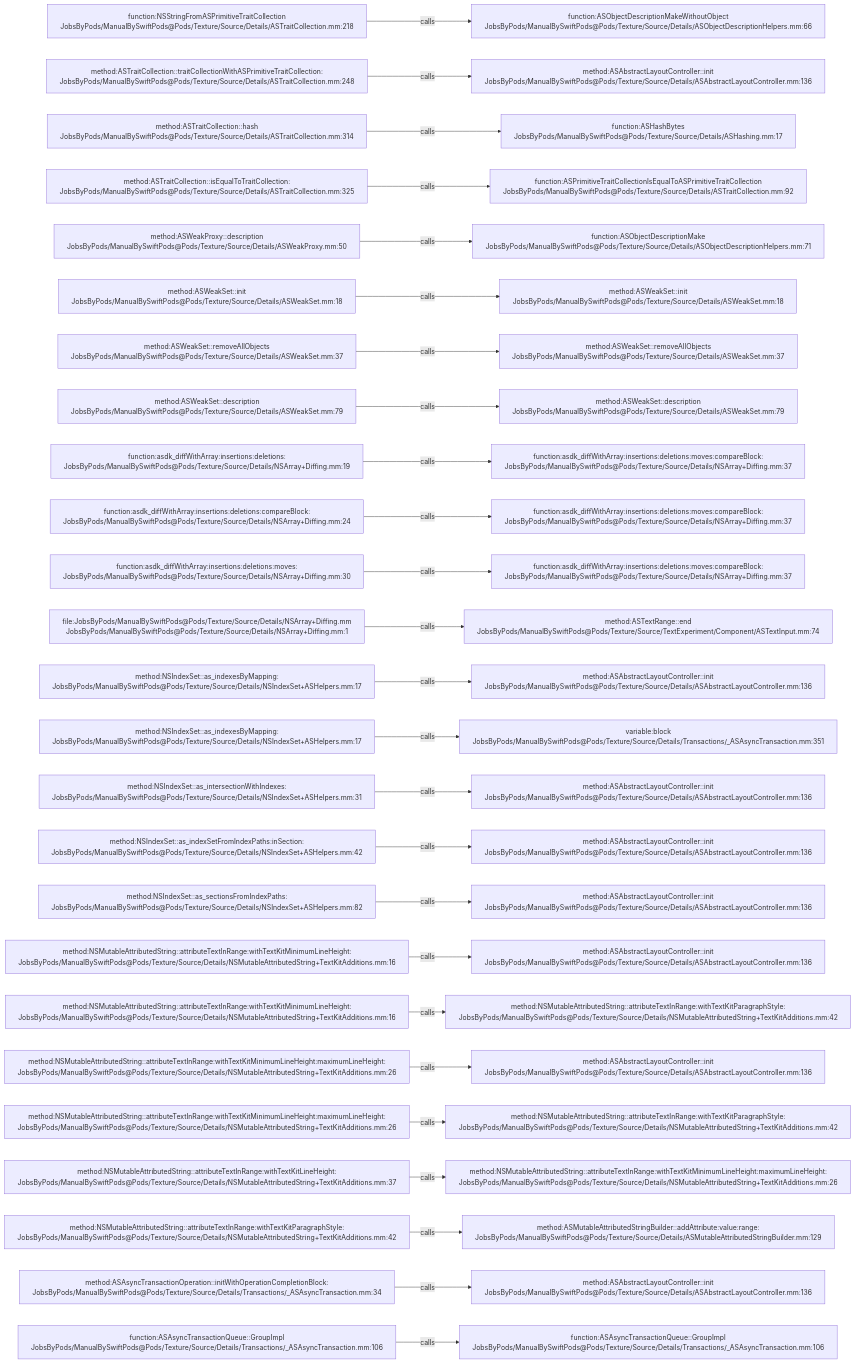
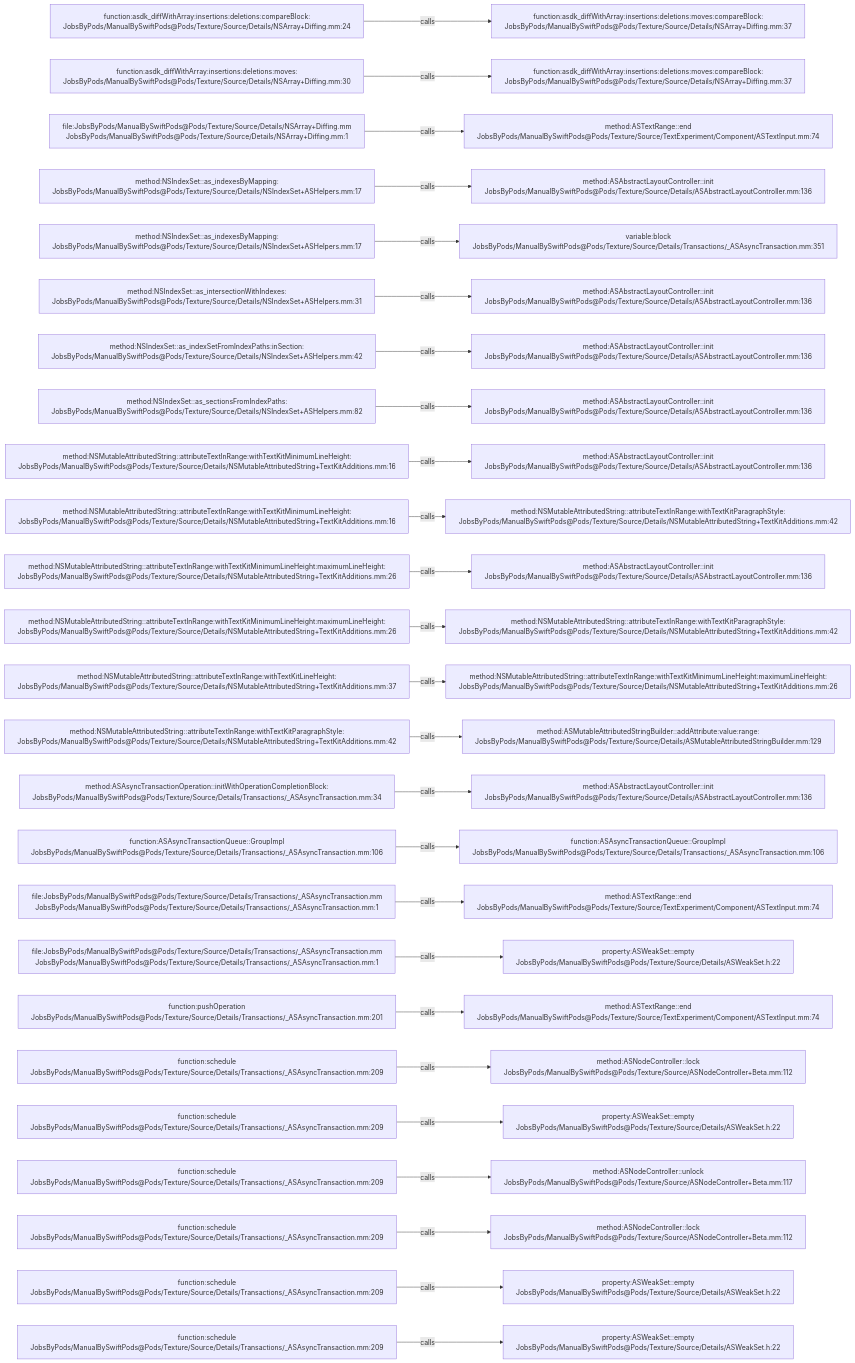
One commit to JobsKits/JobsSwiftBaseConfigDemo changed the diagram in .codegraph/codegraph.md/graphs/calls-098.md. Above: the diagram before and after it, drawn with Mermaid. The commit also changed 707 other files, not shown here.

````diff
--- a/.codegraph/codegraph.md/graphs/calls-098.md
+++ b/.codegraph/codegraph.md/graphs/calls-098.md
@@ -13,78 +13,78 @@
 ```mermaid
 flowchart LR
-  S1["function:NSStringFromASPrimitiveTraitCollection<br/>JobsByPods/ManualBySwiftPods@Pods/Texture/Source/Details/ASTraitCollection.mm:218"]
-  T1["function:ASObjectDescriptionMakeWithoutObject<br/>JobsByPods/ManualBySwiftPods@Pods/Texture/Source/Details/ASObjectDescriptionHelpers.mm:66"]
+  S1["function:asdk_diffWithArray:insertions:deletions:compareBlock:<br/>JobsByPods/ManualBySwiftPods@Pods/Texture/Source/Details/NSArray+Diffing.mm:24"]
+  T1["function:asdk_diffWithArray:insertions:deletions:moves:compareBlock:<br/>JobsByPods/ManualBySwiftPods@Pods/Texture/Source/Details/NSArray+Diffing.mm:37"]
   S1 -->|calls| T1
-  S2["method:ASTraitCollection::traitCollectionWithASPrimitiveTraitCollection:<br/>JobsByPods/ManualBySwiftPods@Pods/Texture/Source/Details/ASTraitCollection.mm:248"]
-  T2["method:ASAbstractLayoutController::init<br/>JobsByPods/ManualBySwiftPods@Pods/Texture/Source/Details/ASAbstractLayoutController.mm:136"]
+  S2["function:asdk_diffWithArray:insertions:deletions:moves:<br/>JobsByPods/ManualBySwiftPods@Pods/Texture/Source/Details/NSArray+Diffing.mm:30"]
+  T2["function:asdk_diffWithArray:insertions:deletions:moves:compareBlock:<br/>JobsByPods/ManualBySwiftPods@Pods/Texture/Source/Details/NSArray+Diffing.mm:37"]
   S2 -->|calls| T2
-  S3["method:ASTraitCollection::hash<br/>JobsByPods/ManualBySwiftPods@Pods/Texture/Source/Details/ASTraitCollection.mm:314"]
-  T3["function:ASHashBytes<br/>JobsByPods/ManualBySwiftPods@Pods/Texture/Source/Details/ASHashing.mm:17"]
+  S3["file:JobsByPods/ManualBySwiftPods@Pods/Texture/Source/Details/NSArray+Diffing.mm<br/>JobsByPods/ManualBySwiftPods@Pods/Texture/Source/Details/NSArray+Diffing.mm:1"]
+  T3["method:ASTextRange::end<br/>JobsByPods/ManualBySwiftPods@Pods/Texture/Source/TextExperiment/Component/ASTextInput.mm:74"]
   S3 -->|calls| T3
-  S4["method:ASTraitCollection::isEqualToTraitCollection:<br/>JobsByPods/ManualBySwiftPods@Pods/Texture/Source/Details/ASTraitCollection.mm:325"]
-  T4["function:ASPrimitiveTraitCollectionIsEqualToASPrimitiveTraitCollection<br/>JobsByPods/ManualBySwiftPods@Pods/Texture/Source/Details/ASTraitCollection.mm:92"]
+  S4["method:NSIndexSet::as_indexesByMapping:<br/>JobsByPods/ManualBySwiftPods@Pods/Texture/Source/Details/NSIndexSet+ASHelpers.mm:17"]
+  T4["method:ASAbstractLayoutController::init<br/>JobsByPods/ManualBySwiftPods@Pods/Texture/Source/Details/ASAbstractLayoutController.mm:136"]
   S4 -->|calls| T4
-  S5["method:ASWeakProxy::description<br/>JobsByPods/ManualBySwiftPods@Pods/Texture/Source/Details/ASWeakProxy.mm:50"]
-  T5["function:ASObjectDescriptionMake<br/>JobsByPods/ManualBySwiftPods@Pods/Texture/Source/Details/ASObjectDescriptionHelpers.mm:71"]
+  S5["method:NSIndexSet::as_indexesByMapping:<br/>JobsByPods/ManualBySwiftPods@Pods/Texture/Source/Details/NSIndexSet+ASHelpers.mm:17"]
+  T5["variable:block<br/>JobsByPods/ManualBySwiftPods@Pods/Texture/Source/Details/Transactions/_ASAsyncTransaction.mm:351"]
   S5 -->|calls| T5
-  S6["method:ASWeakSet::init<br/>JobsByPods/ManualBySwiftPods@Pods/Texture/Source/Details/ASWeakSet.mm:18"]
-  T6["method:ASWeakSet::init<br/>JobsByPods/ManualBySwiftPods@Pods/Texture/Source/Details/ASWeakSet.mm:18"]
+  S6["method:NSIndexSet::as_intersectionWithIndexes:<br/>JobsByPods/ManualBySwiftPods@Pods/Texture/Source/Details/NSIndexSet+ASHelpers.mm:31"]
+  T6["method:ASAbstractLayoutController::init<br/>JobsByPods/ManualBySwiftPods@Pods/Texture/Source/Details/ASAbstractLayoutController.mm:136"]
   S6 -->|calls| T6
-  S7["method:ASWeakSet::removeAllObjects<br/>JobsByPods/ManualBySwiftPods@Pods/Texture/Source/Details/ASWeakSet.mm:37"]
-  T7["method:ASWeakSet::removeAllObjects<br/>JobsByPods/ManualBySwiftPods@Pods/Texture/Source/Details/ASWeakSet.mm:37"]
+  S7["method:NSIndexSet::as_indexSetFromIndexPaths:inSection:<br/>JobsByPods/ManualBySwiftPods@Pods/Texture/Source/Details/NSIndexSet+ASHelpers.mm:42"]
+  T7["method:ASAbstractLayoutController::init<br/>JobsByPods/ManualBySwiftPods@Pods/Texture/Source/Details/ASAbstractLayoutController.mm:136"]
   S7 -->|calls| T7
-  S8["method:ASWeakSet::description<br/>JobsByPods/ManualBySwiftPods@Pods/Texture/Source/Details/ASWeakSet.mm:79"]
-  T8["method:ASWeakSet::description<br/>JobsByPods/ManualBySwiftPods@Pods/Texture/Source/Details/ASWeakSet.mm:79"]
+  S8["method:NSIndexSet::as_sectionsFromIndexPaths:<br/>JobsByPods/ManualBySwiftPods@Pods/Texture/Source/Details/NSIndexSet+ASHelpers.mm:82"]
+  T8["method:ASAbstractLayoutController::init<br/>JobsByPods/ManualBySwiftPods@Pods/Texture/Source/Details/ASAbstractLayoutController.mm:136"]
   S8 -->|calls| T8
-  S9["function:asdk_diffWithArray:insertions:deletions:<br/>JobsByPods/ManualBySwiftPods@Pods/Texture/Source/Details/NSArray+Diffing.mm:19"]
-  T9["function:asdk_diffWithArray:insertions:deletions:moves:compareBlock:<br/>JobsByPods/ManualBySwiftPods@Pods/Texture/Source/Details/NSArray+Diffing.mm:37"]
+  S9["method:NSMutableAttributedString::attributeTextInRange:withTextKitMinimumLineHeight:<br/>JobsByPods/ManualBySwiftPods@Pods/Texture/Source/Details/NSMutableAttributedString+TextKitAdditions.mm:16"]
+  T9["method:ASAbstractLayoutController::init<br/>JobsByPods/ManualBySwiftPods@Pods/Texture/Source/Details/ASAbstractLayoutController.mm:136"]
   S9 -->|calls| T9
-  S10["function:asdk_diffWithArray:insertions:deletions:compareBlock:<br/>JobsByPods/ManualBySwiftPods@Pods/Texture/Source/Details/NSArray+Diffing.mm:24"]
-  T10["function:asdk_diffWithArray:insertions:deletions:moves:compareBlock:<br/>JobsByPods/ManualBySwiftPods@Pods/Texture/Source/Details/NSArray+Diffing.mm:37"]
+  S10["method:NSMutableAttributedString::attributeTextInRange:withTextKitMinimumLineHeight:<br/>JobsByPods/ManualBySwiftPods@Pods/Texture/Source/Details/NSMutableAttributedString+TextKitAdditions.mm:16"]
+  T10["method:NSMutableAttributedString::attributeTextInRange:withTextKitParagraphStyle:<br/>JobsByPods/ManualBySwiftPods@Pods/Texture/Source/Details/NSMutableAttributedString+TextKitAdditions.mm:42"]
   S10 -->|calls| T10
-  S11["function:asdk_diffWithArray:insertions:deletions:moves:<br/>JobsByPods/ManualBySwiftPods@Pods/Texture/Source/Details/NSArray+Diffing.mm:30"]
-  T11["function:asdk_diffWithArray:insertions:deletions:moves:compareBlock:<br/>JobsByPods/ManualBySwiftPods@Pods/Texture/Source/Details/NSArray+Diffing.mm:37"]
+  S11["method:NSMutableAttributedString::attributeTextInRange:withTextKitMinimumLineHeight:maximumLineHeight:<br/>JobsByPods/ManualBySwiftPods@Pods/Texture/Source/Details/NSMutableAttributedString+TextKitAdditions.mm:26"]
+  T11["method:ASAbstractLayoutController::init<br/>JobsByPods/ManualBySwiftPods@Pods/Texture/Source/Details/ASAbstractLayoutController.mm:136"]
   S11 -->|calls| T11
-  S12["file:JobsByPods/ManualBySwiftPods@Pods/Texture/Source/Details/NSArray+Diffing.mm<br/>JobsByPods/ManualBySwiftPods@Pods/Texture/Source/Details/NSArray+Diffing.mm:1"]
-  T12["method:ASTextRange::end<br/>JobsByPods/ManualBySwiftPods@Pods/Texture/Source/TextExperiment/Component/ASTextInput.mm:74"]
+  S12["method:NSMutableAttributedString::attributeTextInRange:withTextKitMinimumLineHeight:maximumLineHeight:<br/>JobsByPods/ManualBySwiftPods@Pods/Texture/Source/Details/NSMutableAttributedString+TextKitAdditions.mm:26"]
+  T12["method:NSMutableAttributedString::attributeTextInRange:withTextKitParagraphStyle:<br/>JobsByPods/ManualBySwiftPods@Pods/Texture/Source/Details/NSMutableAttributedString+TextKitAdditions.mm:42"]
   S12 -->|calls| T12
-  S13["method:NSIndexSet::as_indexesByMapping:<br/>JobsByPods/ManualBySwiftPods@Pods/Texture/Source/Details/NSIndexSet+ASHelpers.mm:17"]
-  T13["method:ASAbstractLayoutController::init<br/>JobsByPods/ManualBySwiftPods@Pods/Texture/Source/Details/ASAbstractLayoutController.mm:136"]
+  S13["method:NSMutableAttributedString::attributeTextInRange:withTextKitLineHeight:<br/>JobsByPods/ManualBySwiftPods@Pods/Texture/Source/Details/NSMutableAttributedString+TextKitAdditions.mm:37"]
+  T13["method:NSMutableAttributedString::attributeTextInRange:withTextKitMinimumLineHeight:maximumLineHeight:<br/>JobsByPods/ManualBySwiftPods@Pods/Texture/Source/Details/NSMutableAttributedString+TextKitAdditions.mm:26"]
   S13 -->|calls| T13
-  S14["method:NSIndexSet::as_indexesByMapping:<br/>JobsByPods/ManualBySwiftPods@Pods/Texture/Source/Details/NSIndexSet+ASHelpers.mm:17"]
-  T14["variable:block<br/>JobsByPods/ManualBySwiftPods@Pods/Texture/Source/Details/Transactions/_ASAsyncTransaction.mm:351"]
+  S14["method:NSMutableAttributedString::attributeTextInRange:withTextKitParagraphStyle:<br/>JobsByPods/ManualBySwiftPods@Pods/Texture/Source/Details/NSMutableAttributedString+TextKitAdditions.mm:42"]
+  T14["method:ASMutableAttributedStringBuilder::addAttribute:value:range:<br/>JobsByPods/ManualBySwiftPods@Pods/Texture/Source/Details/ASMutableAttributedStringBuilder.mm:129"]
   S14 -->|calls| T14
-  S15["method:NSIndexSet::as_intersectionWithIndexes:<br/>JobsByPods/ManualBySwiftPods@Pods/Texture/Source/Details/NSIndexSet+ASHelpers.mm:31"]
+  S15["method:ASAsyncTransactionOperation::initWithOperationCompletionBlock:<br/>JobsByPods/ManualBySwiftPods@Pods/Texture/Source/Details/Transactions/_ASAsyncTransaction.mm:34"]
   T15["method:ASAbstractLayoutController::init<br/>JobsByPods/ManualBySwiftPods@Pods/Texture/Source/Details/ASAbstractLayoutController.mm:136"]
   S15 -->|calls| T15
-  S16["method:NSIndexSet::as_indexSetFromIndexPaths:inSection:<br/>JobsByPods/ManualBySwiftPods@Pods/Texture/Source/Details/NSIndexSet+ASHelpers.mm:42"]
-  T16["method:ASAbstractLayoutController::init<br/>JobsByPods/ManualBySwiftPods@Pods/Texture/Source/Details/ASAbstractLayoutController.mm:136"]
+  S16["function:ASAsyncTransactionQueue::GroupImpl<br/>JobsByPods/ManualBySwiftPods@Pods/Texture/Source/Details/Transactions/_ASAsyncTransaction.mm:106"]
+  T16["function:ASAsyncTransactionQueue::GroupImpl<br/>JobsByPods/ManualBySwiftPods@Pods/Texture/Source/Details/Transactions/_ASAsyncTransaction.mm:106"]
   S16 -->|calls| T16
-  S17["method:NSIndexSet::as_sectionsFromIndexPaths:<br/>JobsByPods/ManualBySwiftPods@Pods/Texture/Source/Details/NSIndexSet+ASHelpers.mm:82"]
-  T17["method:ASAbstractLayoutController::init<br/>JobsByPods/ManualBySwiftPods@Pods/Texture/Source/Details/ASAbstractLayoutController.mm:136"]
+  S17["file:JobsByPods/ManualBySwiftPods@Pods/Texture/Source/Details/Transactions/_ASAsyncTransaction.mm<br/>JobsByPods/ManualBySwiftPods@Pods/Texture/Source/Details/Transactions/_ASAsyncTransaction.mm:1"]
+  T17["method:ASTextRange::end<br/>JobsByPods/ManualBySwiftPods@Pods/Texture/Source/TextExperiment/Component/ASTextInput.mm:74"]
   S17 -->|calls| T17
-  S18["method:NSMutableAttributedString::attributeTextInRange:withTextKitMinimumLineHeight:<br/>JobsByPods/ManualBySwiftPods@Pods/Texture/Source/Details/NSMutableAttributedString+TextKitAdditions.mm:16"]
-  T18["method:ASAbstractLayoutController::init<br/>JobsByPods/ManualBySwiftPods@Pods/Texture/Source/Details/ASAbstractLayoutController.mm:136"]
+  S18["file:JobsByPods/ManualBySwiftPods@Pods/Texture/Source/Details/Transactions/_ASAsyncTransaction.mm<br/>JobsByPods/ManualBySwiftPods@Pods/Texture/Source/Details/Transactions/_ASAsyncTransaction.mm:1"]
+  T18["property:ASWeakSet::empty<br/>JobsByPods/ManualBySwiftPods@Pods/Texture/Source/Details/ASWeakSet.h:22"]
   S18 -->|calls| T18
-  S19["method:NSMutableAttributedString::attributeTextInRange:withTextKitMinimumLineHeight:<br/>JobsByPods/ManualBySwiftPods@Pods/Texture/Source/Details/NSMutableAttributedString+TextKitAdditions.mm:16"]
-  T19["method:NSMutableAttributedString::attributeTextInRange:withTextKitParagraphStyle:<br/>JobsByPods/ManualBySwiftPods@Pods/Texture/Source/Details/NSMutableAttributedString+TextKitAdditions.mm:42"]
+  S19["function:pushOperation<br/>JobsByPods/ManualBySwiftPods@Pods/Texture/Source/Details/Transactions/_ASAsyncTransaction.mm:201"]
+  T19["method:ASTextRange::end<br/>JobsByPods/ManualBySwiftPods@Pods/Texture/Source/TextExperiment/Component/ASTextInput.mm:74"]
   S19 -->|calls| T19
-  S20["method:NSMutableAttributedString::attributeTextInRange:withTextKitMinimumLineHeight:maximumLineHeight:<br/>JobsByPods/ManualBySwiftPods@Pods/Texture/Source/Details/NSMutableAttributedString+TextKitAdditions.mm:26"]
-  T20["method:ASAbstractLayoutController::init<br/>JobsByPods/ManualBySwiftPods@Pods/Texture/Source/Details/ASAbstractLayoutController.mm:136"]
+  S20["function:schedule<br/>JobsByPods/ManualBySwiftPods@Pods/Texture/Source/Details/Transactions/_ASAsyncTransaction.mm:209"]
+  T20["method:ASNodeController::lock<br/>JobsByPods/ManualBySwiftPods@Pods/Texture/Source/ASNodeController+Beta.mm:112"]
   S20 -->|calls| T20
-  S21["method:NSMutableAttributedString::attributeTextInRange:withTextKitMinimumLineHeight:maximumLineHeight:<br/>JobsByPods/ManualBySwiftPods@Pods/Texture/Source/Details/NSMutableAttributedString+TextKitAdditions.mm:26"]
-  T21["method:NSMutableAttributedString::attributeTextInRange:withTextKitParagraphStyle:<br/>JobsByPods/ManualBySwiftPods@Pods/Texture/Source/Details/NSMutableAttributedString+TextKitAdditions.mm:42"]
+  S21["function:schedule<br/>JobsByPods/ManualBySwiftPods@Pods/Texture/Source/Details/Transactions/_ASAsyncTransaction.mm:209"]
+  T21["property:ASWeakSet::empty<br/>JobsByPods/ManualBySwiftPods@Pods/Texture/Source/Details/ASWeakSet.h:22"]
   S21 -->|calls| T21
-  S22["method:NSMutableAttributedString::attributeTextInRange:withTextKitLineHeight:<br/>JobsByPods/ManualBySwiftPods@Pods/Texture/Source/Details/NSMutableAttributedString+TextKitAdditions.mm:37"]
-  T22["method:NSMutableAttributedString::attributeTextInRange:withTextKitMinimumLineHeight:maximumLineHeight:<br/>JobsByPods/ManualBySwiftPods@Pods/Texture/Source/Details/NSMutableAttributedString+TextKitAdditions.mm:26"]
+  S22["function:schedule<br/>JobsByPods/ManualBySwiftPods@Pods/Texture/Source/Details/Transactions/_ASAsyncTransaction.mm:209"]
+  T22["method:ASNodeController::unlock<br/>JobsByPods/ManualBySwiftPods@Pods/Texture/Source/ASNodeController+Beta.mm:117"]
   S22 -->|calls| T22
-  S23["method:NSMutableAttributedString::attributeTextInRange:withTextKitParagraphStyle:<br/>JobsByPods/ManualBySwiftPods@Pods/Texture/Source/Details/NSMutableAttributedString+TextKitAdditions.mm:42"]
-  T23["method:ASMutableAttributedStringBuilder::addAttribute:value:range:<br/>JobsByPods/ManualBySwiftPods@Pods/Texture/Source/Details/ASMutableAttributedStringBuilder.mm:129"]
+  S23["function:schedule<br/>JobsByPods/ManualBySwiftPods@Pods/Texture/Source/Details/Transactions/_ASAsyncTransaction.mm:209"]
+  T23["method:ASNodeController::lock<br/>JobsByPods/ManualBySwiftPods@Pods/Texture/Source/ASNodeController+Beta.mm:112"]
   S23 -->|calls| T23
-  S24["method:ASAsyncTransactionOperation::initWithOperationCompletionBlock:<br/>JobsByPods/ManualBySwiftPods@Pods/Texture/Source/Details/Transactions/_ASAsyncTransaction.mm:34"]
-  T24["method:ASAbstractLayoutController::init<br/>JobsByPods/ManualBySwiftPods@Pods/Texture/Source/Details/ASAbstractLayoutController.mm:136"]
+  S24["function:schedule<br/>JobsByPods/ManualBySwiftPods@Pods/Texture/Source/Details/Transactions/_ASAsyncTransaction.mm:209"]
+  T24["property:ASWeakSet::empty<br/>JobsByPods/ManualBySwiftPods@Pods/Texture/Source/Details/ASWeakSet.h:22"]
   S24 -->|calls| T24
-  S25["function:ASAsyncTransactionQueue::GroupImpl<br/>JobsByPods/ManualBySwiftPods@Pods/Texture/Source/Details/Transactions/_ASAsyncTransaction.mm:106"]
-  T25["function:ASAsyncTransactionQueue::GroupImpl<br/>JobsByPods/ManualBySwiftPods@Pods/Texture/Source/Details/Transactions/_ASAsyncTransaction.mm:106"]
+  S25["function:schedule<br/>JobsByPods/ManualBySwiftPods@Pods/Texture/Source/Details/Transactions/_ASAsyncTransaction.mm:209"]
+  T25["property:ASWeakSet::empty<br/>JobsByPods/ManualBySwiftPods@Pods/Texture/Source/Details/ASWeakSet.h:22"]
   S25 -->|calls| T25
 ```
````
